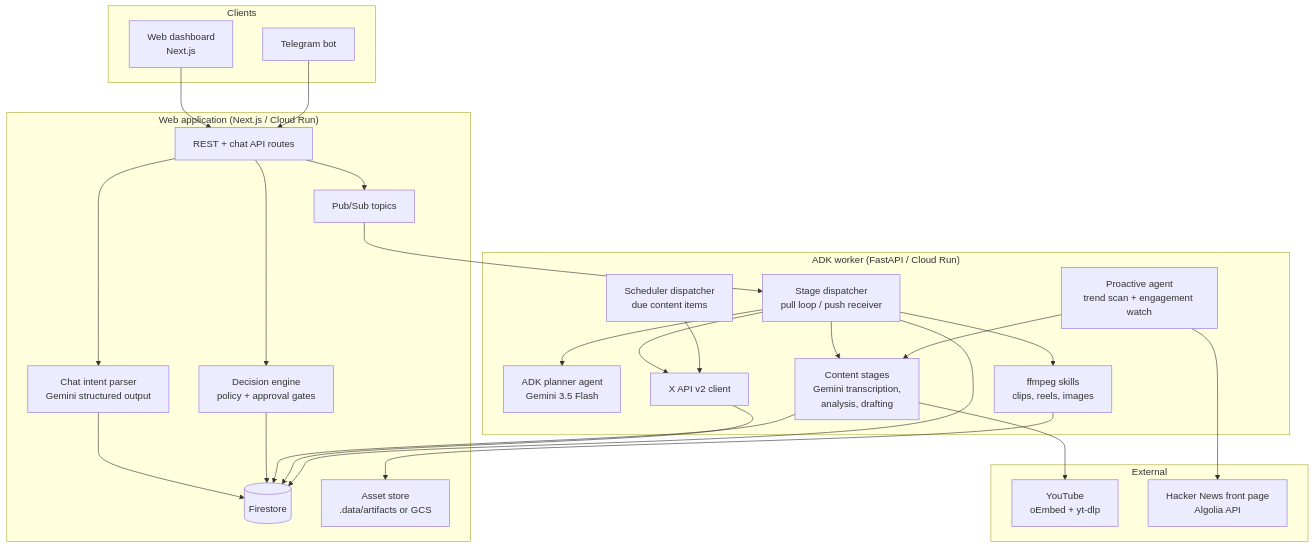
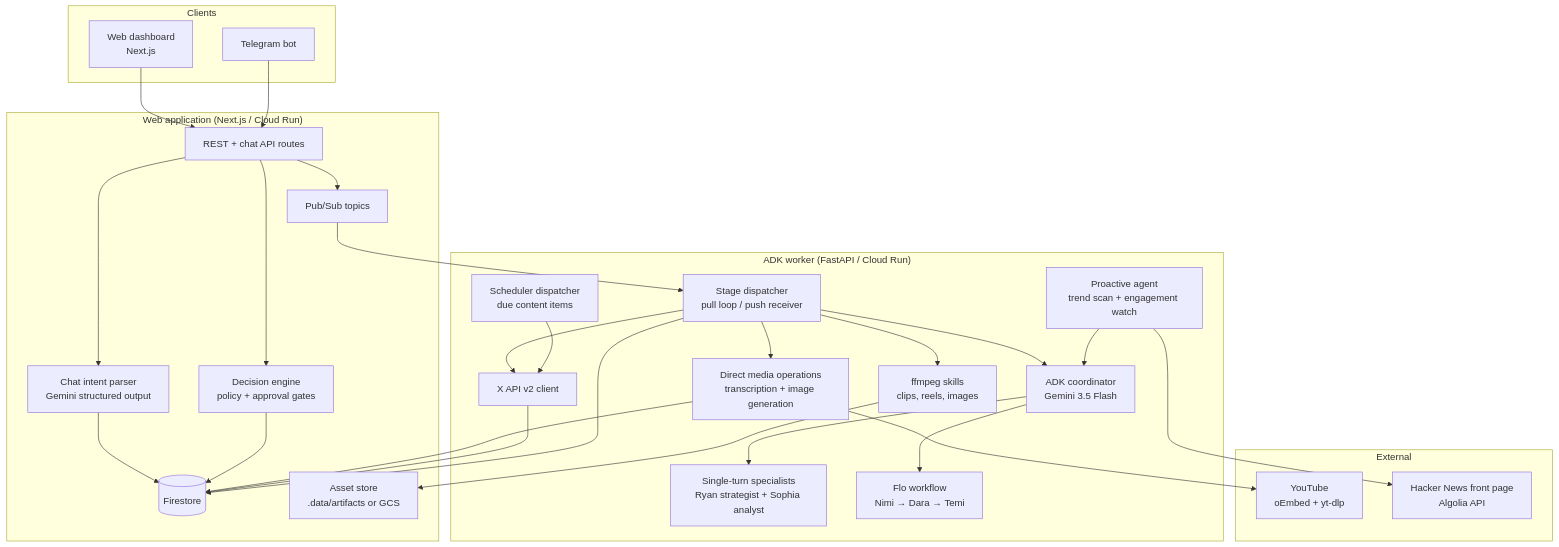
The diagram in docs/architecture.mdx (danielAsaboro/harmonia-agents-for-humans), drawn with Mermaid before and after one commit. The commit also changed other lines of this file and 13 other files, not shown here.

Commit message:
feat(agent): refactor judgment into ADK team

````diff
--- a/docs/architecture.mdx
+++ b/docs/architecture.mdx
@@ -8,49 +8,53 @@
 ```mermaid
 flowchart TB
     subgraph Clients
         UI[Web dashboard<br/>Next.js]
         TG[Telegram bot]
     end
 
     subgraph WebApp["Web application (Next.js / Cloud Run)"]
         API[REST + chat API routes]
         CHAT[Chat intent parser<br/>Gemini structured output]
         DEC[Decision engine<br/>policy + approval gates]
         FS[(Firestore)]
         PS[Pub/Sub topics]
         STOR[Asset store<br/>.data/artifacts or GCS]
     end
 
     subgraph Worker["ADK worker (FastAPI / Cloud Run)"]
         PULL[Stage dispatcher<br/>pull loop / push receiver]
-        AGENT[ADK planner agent<br/>Gemini 3.5 Flash]
-        CONTENT[Content stages<br/>Gemini transcription,<br/>analysis, drafting]
+        COORD[ADK coordinator<br/>Gemini 3.5 Flash]
+        SPECIALISTS[Single-turn specialists<br/>Ryan strategist + Sophia analyst]
+        DRAFTFLOW[Flo workflow<br/>Nimi → Dara → Temi]
+        CONTENT[Direct media operations<br/>transcription + image generation]
         PROACT[Proactive agent<br/>trend scan + engagement watch]
         SCHED[Scheduler dispatcher<br/>due content items]
         X[X API v2 client]
         FFMPEG[ffmpeg skills<br/>clips, reels, images]
     end
 
     subgraph External
         YT[YouTube<br/>oEmbed + yt-dlp]
         HN[Hacker News front page<br/>Algolia API]
     end
 
     UI --> API
     TG --> API
     API --> CHAT --> FS
     API --> DEC --> FS
     API --> PS
     PS --> PULL
     PULL --> CONTENT --> YT
-    PULL --> AGENT
+    PULL --> COORD
+    COORD --> SPECIALISTS
+    COORD --> DRAFTFLOW
     PULL --> FFMPEG
     PULL --> X
     PROACT --> HN
-    PROACT --> CONTENT
+    PROACT --> COORD
     SCHED --> X
     CONTENT --> FS
     X --> FS
     FFMPEG --> STOR
     PULL --> FS
 ```
````
